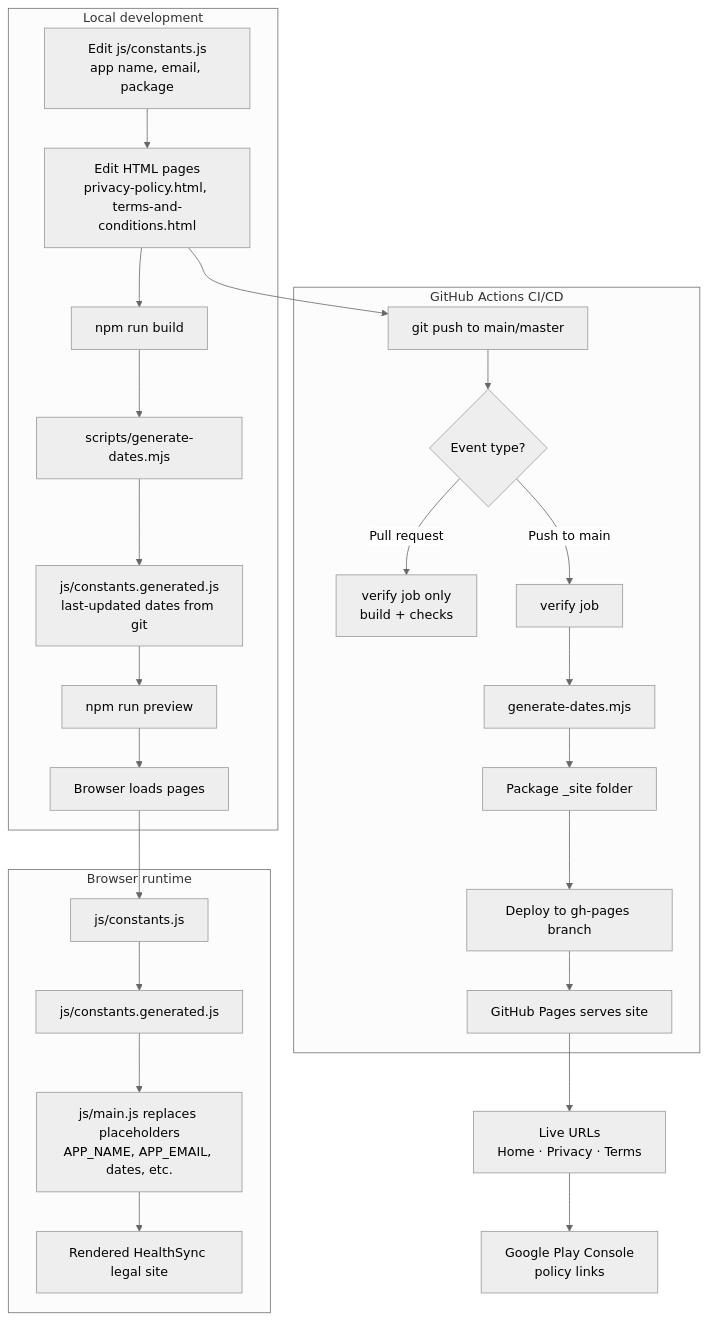
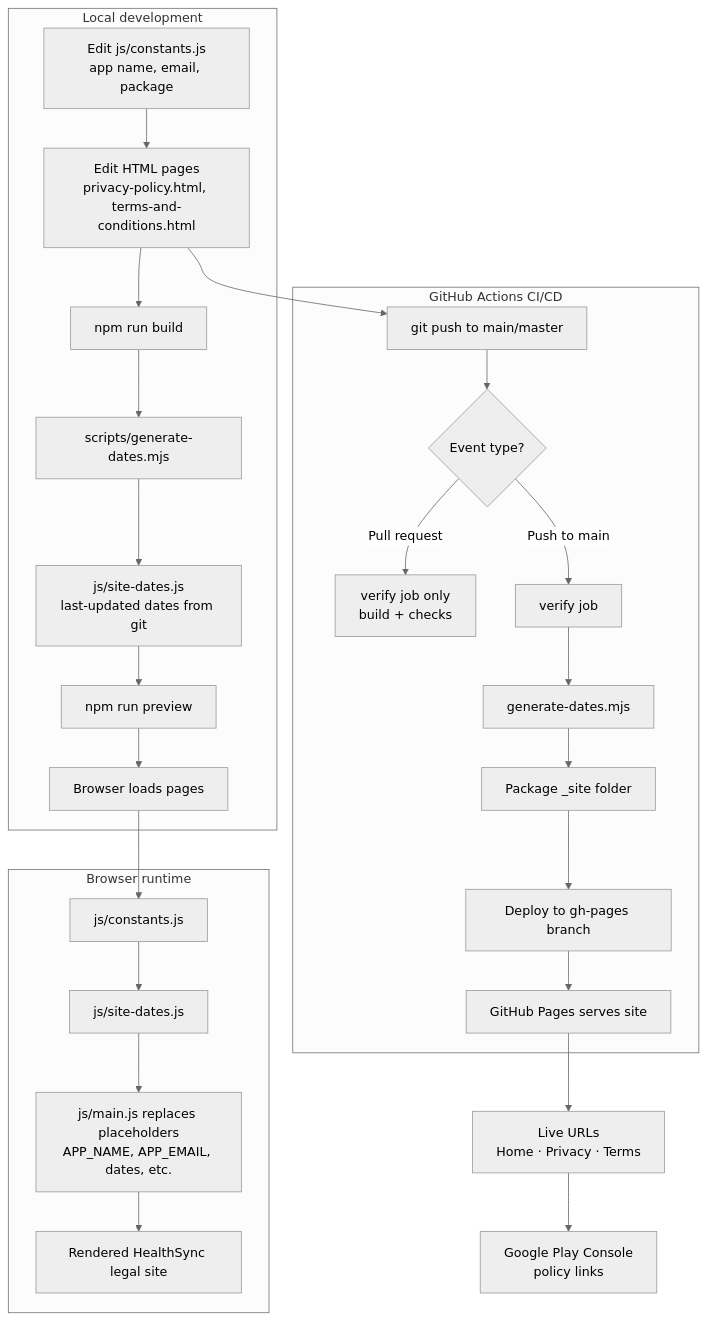
The diagram in README.md (GmdDev074/HealyhSyncPrivacyPolicy), drawn with Mermaid (neutral theme) before and after one commit. The commit also changed other lines of this file and 10 other files, not shown here.

Commit message:
Refactor build process to generate site dates and update HTML references

````diff
--- a/README.md
+++ b/README.md
@@ -25,32 +25,32 @@
 ```mermaid
 flowchart TD
     subgraph dev [Local development]
         A[Edit js/constants.js<br/>app name, email, package] --> B[Edit HTML pages<br/>privacy-policy.html, terms-and-conditions.html]
         B --> C[npm run build]
         C --> D[scripts/generate-dates.mjs]
-        D --> E[js/constants.generated.js<br/>last-updated dates from git]
+        D --> E[js/site-dates.js<br/>last-updated dates from git]
         E --> F[npm run preview]
         F --> G[Browser loads pages]
     end
 
     subgraph runtime [Browser runtime]
         G --> H[js/constants.js]
-        H --> I[js/constants.generated.js]
+        H --> I[js/site-dates.js]
         I --> J[js/main.js replaces placeholders<br/>APP_NAME, APP_EMAIL, dates, etc.]
         J --> K[Rendered HealthSync legal site]
     end
 
     subgraph cicd [GitHub Actions CI/CD]
         L[git push to main/master] --> M{Event type?}
         M -->|Pull request| N[verify job only<br/>build + checks]
         M -->|Push to main| O[verify job]
         O --> P[generate-dates.mjs]
         P --> Q[Package _site folder]
         Q --> R[Deploy to gh-pages branch]
         R --> S[GitHub Pages serves site]
     end
 
     B --> L
     S --> T[Live URLs<br/>Home · Privacy · Terms]
     T --> U[Google Play Console<br/>policy links]
 ```
````
